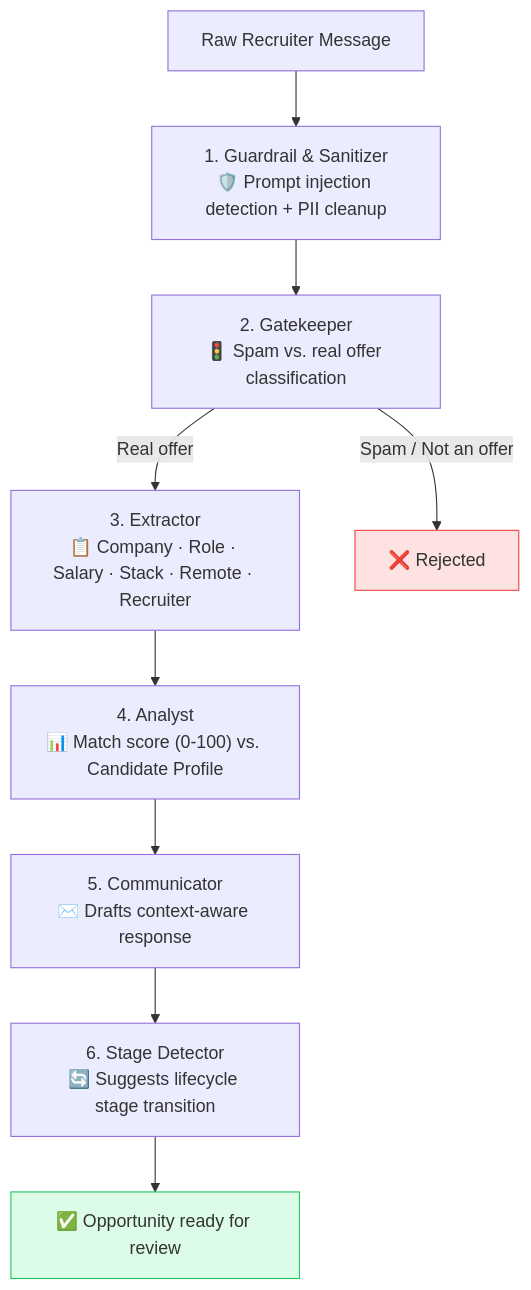
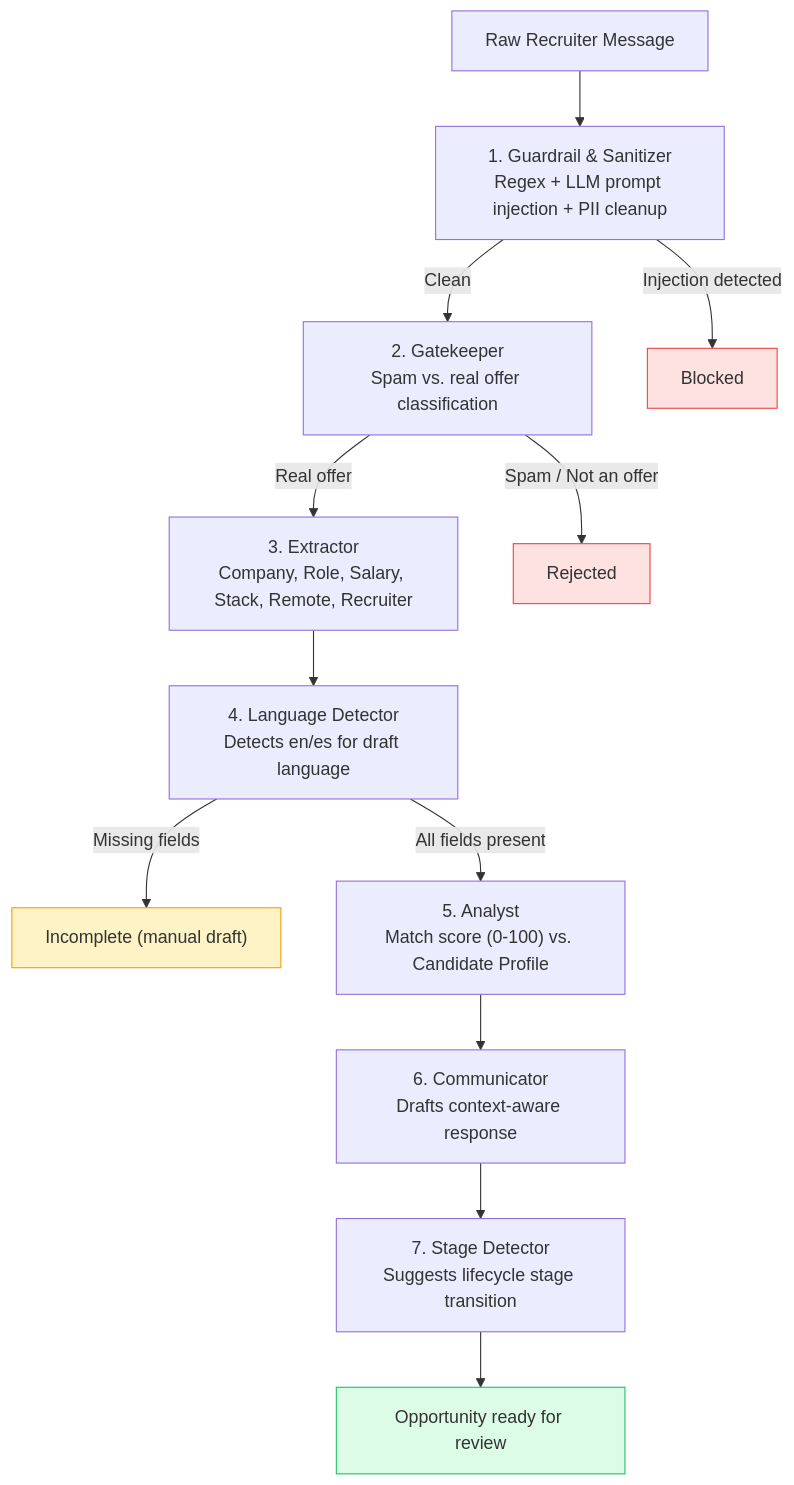
The third of 5 diagrams in README.md (CristopherRL/talent-inbound-os), drawn with Mermaid before and after one commit. The commit also changed other lines of this file and 13 other files, not shown here.

First line of the commit message:
feat: add guardrail LLM layer, language detection fix, AGPL-3.0 license, docs

````diff
--- a/README.md
+++ b/README.md
@@ -238,28 +241,35 @@
 ```mermaid
 graph TD
     MSG["Raw Recruiter Message"]
 
     MSG --> G1
 
-    G1["1. Guardrail & Sanitizer<br/>🛡️ Prompt injection detection + PII cleanup"]
-    G1 --> G2
+    G1["1. Guardrail & Sanitizer<br/>Regex + LLM prompt injection + PII cleanup"]
+    G1 -->|Clean| G2
+    G1 -->|Injection detected| BLK["Blocked"]
 
-    G2["2. Gatekeeper<br/>🚦 Spam vs. real offer classification"]
+    G2["2. Gatekeeper<br/>Spam vs. real offer classification"]
     G2 -->|Real offer| G3
-    G2 -->|Spam / Not an offer| REJ["❌ Rejected"]
+    G2 -->|Spam / Not an offer| REJ["Rejected"]
 
-    G3["3. Extractor<br/>📋 Company · Role · Salary · Stack · Remote · Recruiter"]
+    G3["3. Extractor<br/>Company, Role, Salary, Stack, Remote, Recruiter"]
     G3 --> G4
 
-    G4["4. Analyst<br/>📊 Match score (0-100) vs. Candidate Profile"]
-    G4 --> G5
+    G4["4. Language Detector<br/>Detects en/es for draft language"]
+    G4 -->|Missing fields| INCOMPLETE["Incomplete (manual draft)"]
+    G4 -->|All fields present| G5
 
-    G5["5. Communicator<br/>✉️ Drafts context-aware response"]
+    G5["5. Analyst<br/>Match score (0-100) vs. Candidate Profile"]
     G5 --> G6
 
-    G6["6. Stage Detector<br/>🔄 Suggests lifecycle stage transition"]
-    G6 --> DONE["✅ Opportunity ready for review"]
+    G6["6. Communicator<br/>Drafts context-aware response"]
+    G6 --> G7
+
+    G7["7. Stage Detector<br/>Suggests lifecycle stage transition"]
+    G7 --> DONE["Opportunity ready for review"]
 
     style REJ fill:#fee2e2,stroke:#ef4444
+    style BLK fill:#fee2e2,stroke:#ef4444
+    style INCOMPLETE fill:#fef3c7,stroke:#f59e0b
     style DONE fill:#dcfce7,stroke:#22c55e
 ```
````
